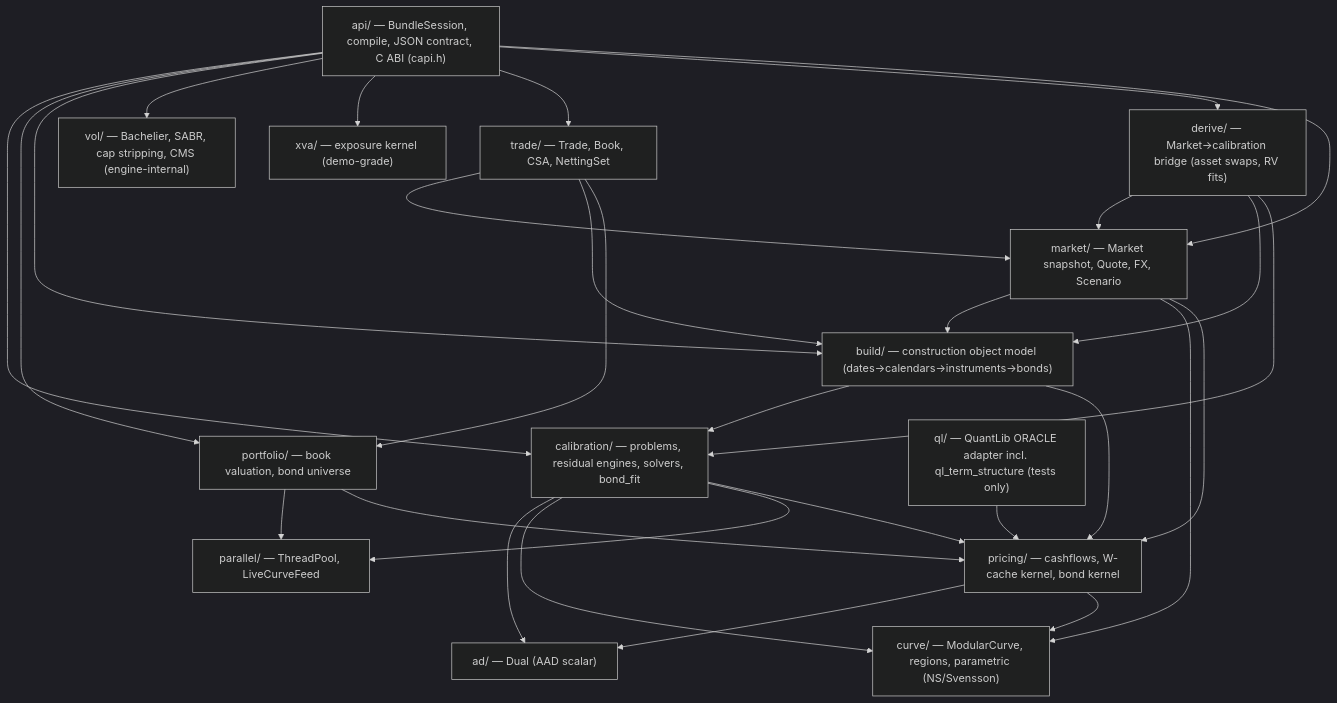
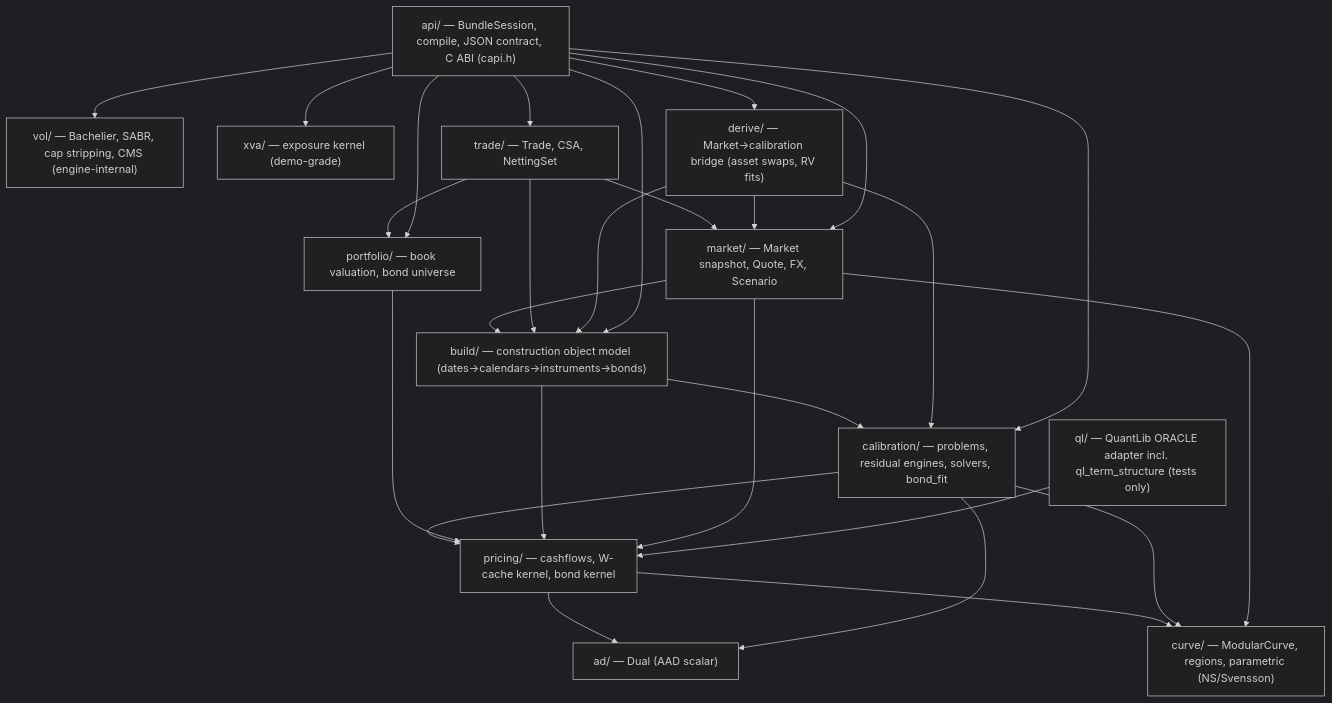
The first of 2 diagrams in ARCHITECTURE.md (kbro123/SwapEngine), drawn with Mermaid (dark theme) before and after one commit. The commit also changed other lines of this file and 35 other files, not shown here.

````diff
--- a/ARCHITECTURE.md
+++ b/ARCHITECTURE.md
@@ -17,46 +17,43 @@
 ```mermaid
 graph TD
     ad["ad/ — Dual (AAD scalar)"]
     curve["curve/ — ModularCurve, regions, parametric (NS/Svensson)"]
-    parallel["parallel/ — ThreadPool, LiveCurveFeed"]
     pricing["pricing/ — cashflows, W-cache kernel, bond kernel"]
     calibration["calibration/ — problems, residual engines, solvers, bond_fit"]
     portfolio["portfolio/ — book valuation, bond universe"]
     build["build/ — construction object model (dates→calendars→instruments→bonds)"]
     vol["vol/ — Bachelier, SABR, cap stripping, CMS (engine-internal)"]
     xva["xva/ — exposure kernel (demo-grade)"]
     market["market/ — Market snapshot, Quote, FX, Scenario"]
-    trade["trade/ — Trade, Book, CSA, NettingSet"]
+    trade["trade/ — Trade, CSA, NettingSet"]
     derive["derive/ — Market→calibration bridge (asset swaps, RV fits)"]
     api["api/ — BundleSession, compile, JSON contract, C ABI (capi.h)"]
     ql["ql/ — QuantLib ORACLE adapter incl. ql_term_structure (tests only)"]
 
     pricing --> ad
     pricing --> curve
     calibration --> ad
     calibration --> curve
-    calibration --> parallel
     calibration --> pricing
-    portfolio --> parallel
     portfolio --> pricing
     build --> calibration
     build --> pricing
     market --> build
     market --> curve
     market --> pricing
     trade --> market
     trade --> build
     trade --> portfolio
     derive --> market
     derive --> build
     derive --> calibration
     api --> calibration
     api --> portfolio
     api --> build
     api --> vol
     api --> xva
     api --> trade
     api --> derive
     api --> market
     ql --> pricing
 ```
````
